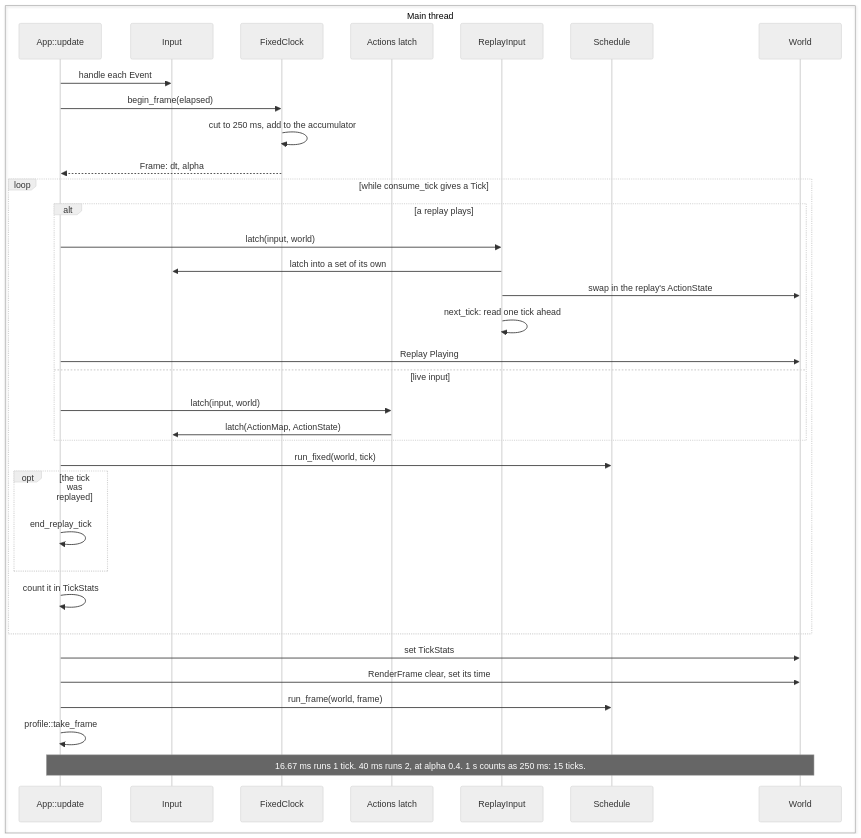
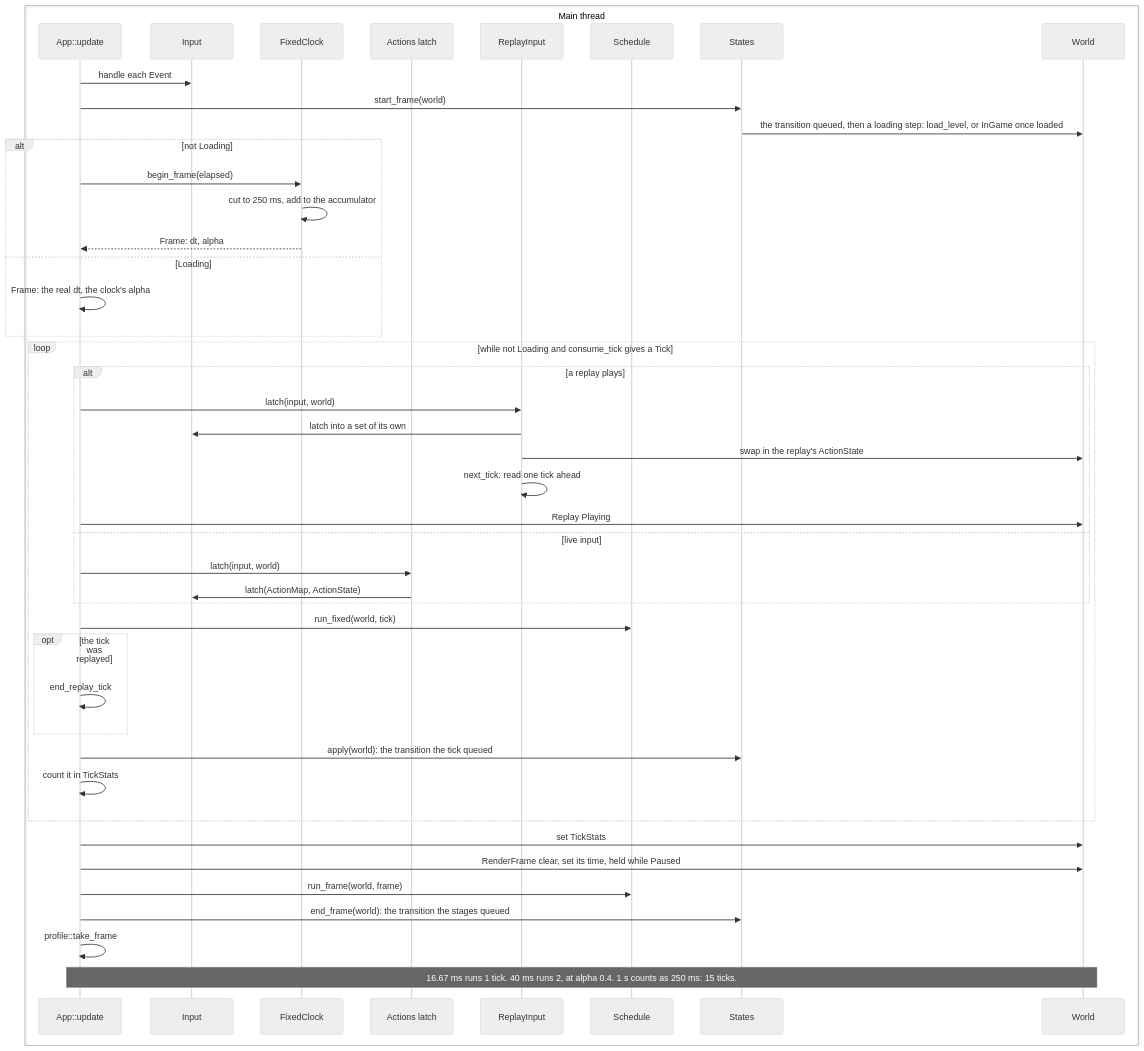
One commit to jabbott-iii/Nadir changed the fourth of 12 diagrams in diagrams/game-loop-sequence.md. Above: the diagram before and after it, drawn with Mermaid (neutral theme). The commit also changed other lines of this file and 103 other files, not shown here.

````diff
--- a/diagrams/game-loop-sequence.md
+++ b/diagrams/game-loop-sequence.md
@@ -241,39 +244,48 @@
 ```mermaid
 sequenceDiagram
     box Main thread
         participant Upd as App::update
         participant Inp as Input
         participant Clk as FixedClock
         participant Lt as Actions latch
         participant Rp as ReplayInput
         participant Sch as Schedule
+        participant St as States
         participant Wld as World
     end
 
     Upd->>Inp: handle each Event
-    Upd->>Clk: begin_frame(elapsed)
-    Clk->>Clk: cut to 250 ms, add to the accumulator
-    Clk-->>Upd: Frame: dt, alpha
-    loop while consume_tick gives a Tick
+    Upd->>St: start_frame(world)
+    St->>Wld: the transition queued, then a loading step: load_level, or InGame once loaded
+    alt not Loading
+        Upd->>Clk: begin_frame(elapsed)
+        Clk->>Clk: cut to 250 ms, add to the accumulator
+        Clk-->>Upd: Frame: dt, alpha
+    else Loading
+        Upd->>Upd: Frame: the real dt, the clock's alpha
+    end
+    loop while not Loading and consume_tick gives a Tick
         alt a replay plays
             Upd->>Rp: latch(input, world)
             Rp->>Inp: latch into a set of its own
             Rp->>Wld: swap in the replay's ActionState
             Rp->>Rp: next_tick: read one tick ahead
             Upd->>Wld: Replay Playing
         else live input
             Upd->>Lt: latch(input, world)
             Lt->>Inp: latch(ActionMap, ActionState)
         end
         Upd->>Sch: run_fixed(world, tick)
         opt the tick was replayed
             Upd->>Upd: end_replay_tick
         end
+        Upd->>St: apply(world): the transition the tick queued
         Upd->>Upd: count it in TickStats
     end
     Upd->>Wld: set TickStats
-    Upd->>Wld: RenderFrame clear, set its time
+    Upd->>Wld: RenderFrame clear, set its time, held while Paused
     Upd->>Sch: run_frame(world, frame)
+    Upd->>St: end_frame(world): the transition the stages queued
     Upd->>Upd: profile::take_frame
     Note over Upd,Wld: 16.67 ms runs 1 tick. 40 ms runs 2, at alpha 0.4. 1 s counts as 250 ms: 15 ticks.
 ```
````
